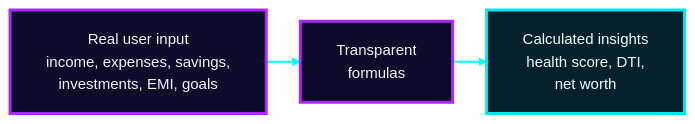
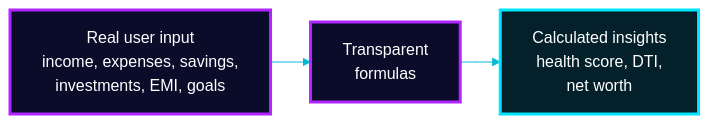
One commit to Mansi232323/MANSHORA changed the seventh of 17 diagrams in README.md. Above: the diagram before and after it, drawn with Mermaid. The commit also changed other lines of this file, not shown here.

````diff
--- a/README.md
+++ b/README.md
@@ -301,11 +294,10 @@
 ```mermaid
-%%{init: {'theme':'base','themeVariables':{'fontSize':'15px','fontFamily':'Arial, Helvetica, sans-serif','primaryColor':'#0b0b2a','primaryTextColor':'#f5f3ff','primaryBorderColor':'#b026ff','lineColor':'#00fff7','textColor':'#f5f3ff','edgeLabelBackground':'#0b0b2a'},'flowchart':{'htmlLabels':false,'nodeSpacing':28,'rankSpacing':34,'padding':18,'curve':'linear'}}}%%
+%%{init: {'theme':'base','themeVariables':{'fontSize':'16px','fontFamily':'Arial, Helvetica, sans-serif','primaryColor':'#0b0b2a','primaryTextColor':'#ffffff','primaryBorderColor':'#b026ff','lineColor':'#00b8d4','textColor':'#ffffff','edgeLabelBackground':'#0b0b2a'},'flowchart':{'htmlLabels':true,'nodeSpacing':30,'rankSpacing':40,'padding':16,'curve':'basis','wrappingWidth':240,'useMaxWidth':true}}}%%
 flowchart LR
     I["Real user input<br/>income, expenses, savings,<br/>investments, EMI, goals"] --> K["Transparent<br/>formulas"]
     K --> O["Calculated insights<br/>health score, DTI,<br/>net worth"]
-    classDef flow fill:#0b0b2a,stroke:#b026ff,stroke-width:3px,color:#f5f3ff
-    classDef out fill:#04202a,stroke:#00e5ff,stroke-width:3px,color:#ecfeff
+    classDef flow fill:#0b0b2a,stroke:#b026ff,stroke-width:3px,color:#ffffff
+    classDef out fill:#04202a,stroke:#00e5ff,stroke-width:3px,color:#ffffff
     class I,K flow
     class O out
-    linkStyle default fill:none,stroke:#00fff7,stroke-width:2px
 ```
````
